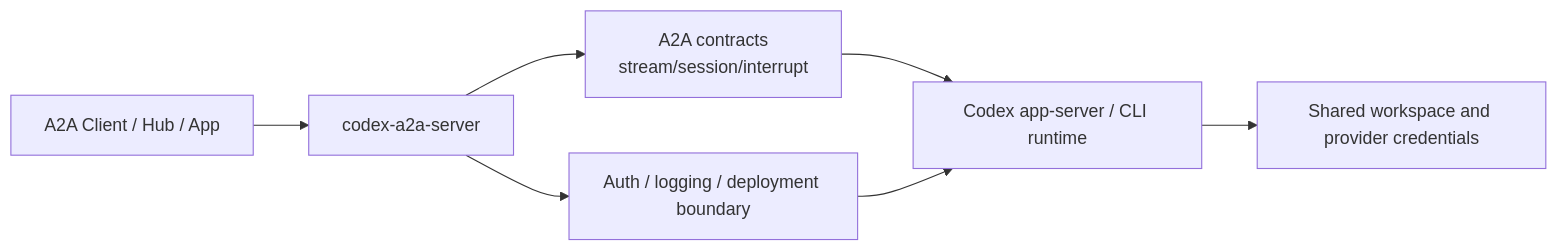
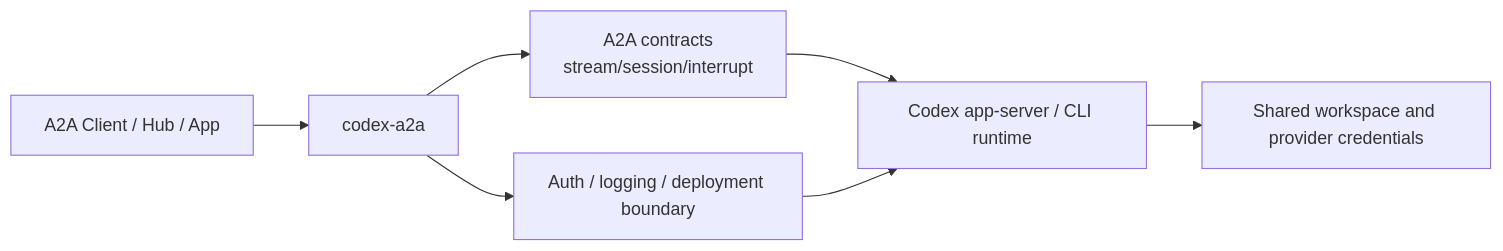
One commit to liujuanjuan1984/codex-a2a changed the diagram in docs/architecture.md. Above: the diagram before and after it, drawn with Mermaid. The commit also changed other lines of this file and 126 other files, not shown here.

````diff
--- a/docs/architecture.md
+++ b/docs/architecture.md
@@ -25,9 +25,9 @@
 ```mermaid
 flowchart LR
-    Client["A2A Client / Hub / App"] --> Gateway["codex-a2a-server"]
+    Client["A2A Client / Hub / App"] --> Gateway["codex-a2a"]
     Gateway --> Contracts["A2A contracts\nstream/session/interrupt"]
     Gateway --> Ops["Auth / logging / deployment boundary"]
     Contracts --> Codex["Codex app-server / CLI runtime"]
     Ops --> Codex
     Codex --> Workspace["Shared workspace and provider credentials"]
 ```
````
